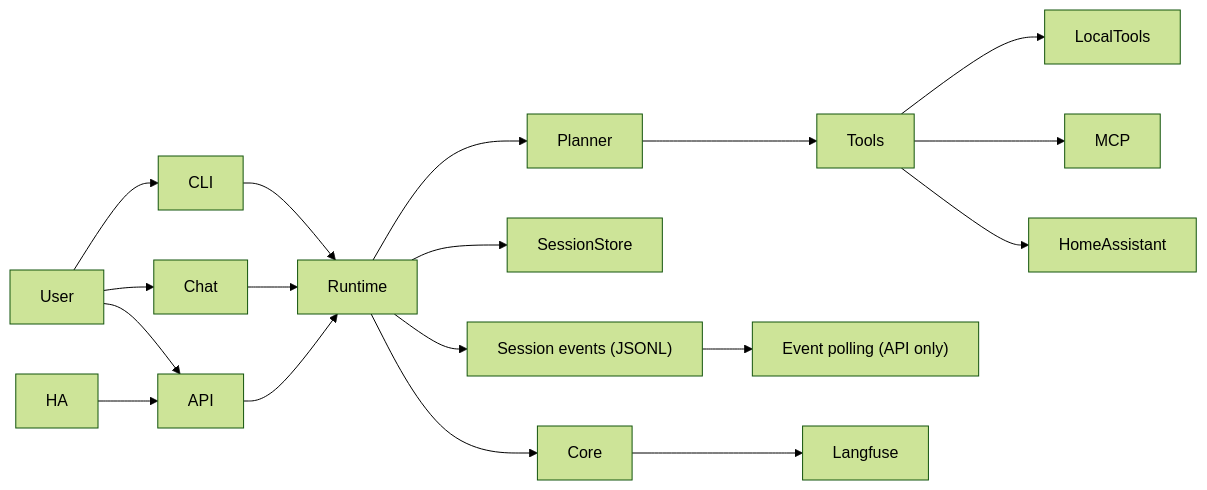
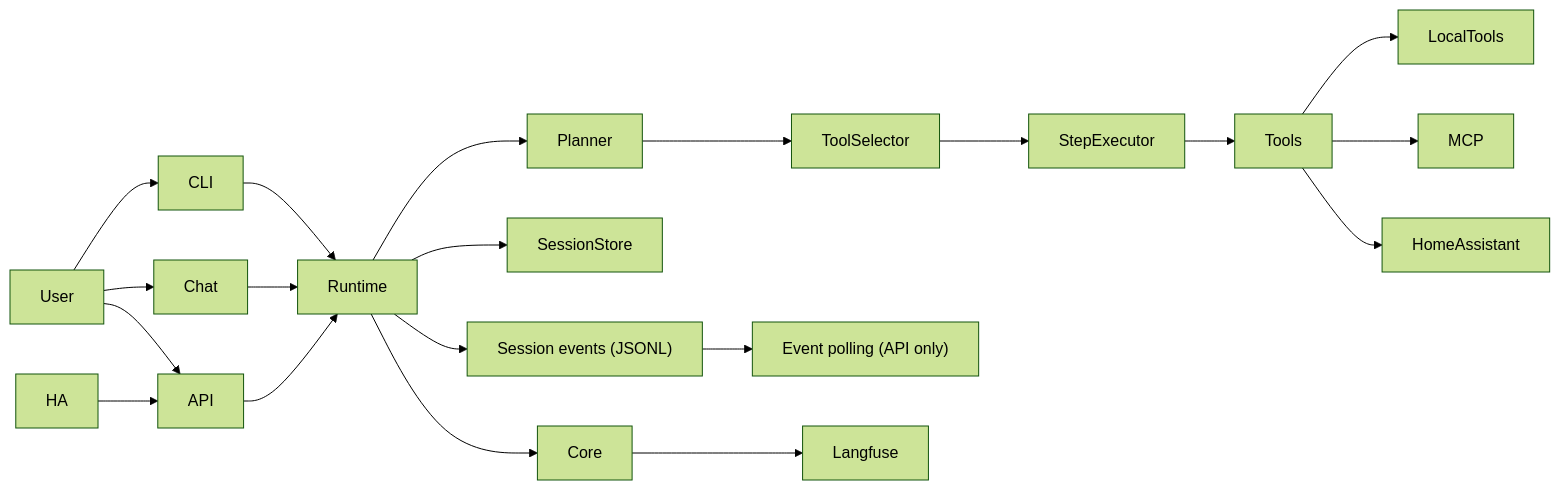
One commit to bearlike/Personal-Assistant changed the diagram in docs/index.md. Above: the diagram before and after it, drawn with Mermaid (forest theme). The commit also changed other lines of this file and 78 other files, not shown here.

First line of the commit message:
✨ feat(core): Add notification/share APIs & simplify orchestration planning schema (#56)

````diff
--- a/docs/index.md
+++ b/docs/index.md
@@ -49,20 +50,22 @@
 ```mermaid
 flowchart LR
   User --> CLI
   User --> Chat
   User --> API
   HA --> API
   CLI --> Runtime
   Chat --> Runtime
   API --> Runtime
   Runtime --> Core
   Runtime --> SessionStore
   Runtime --> Planner
-  Planner --> Tools
+  Planner --> ToolSelector
+  ToolSelector --> StepExecutor
+  StepExecutor --> Tools
   Tools --> LocalTools
   Tools --> MCP
   Tools --> HomeAssistant
   Runtime --> Events["Session events (JSONL)"]
   Events --> Polling["Event polling (API only)"]
   Core --> Langfuse
 ```
````
